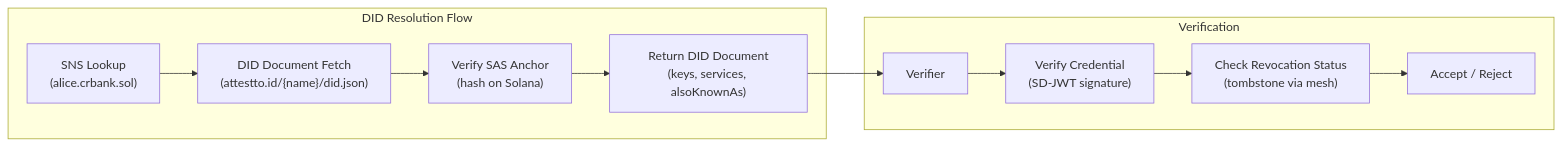
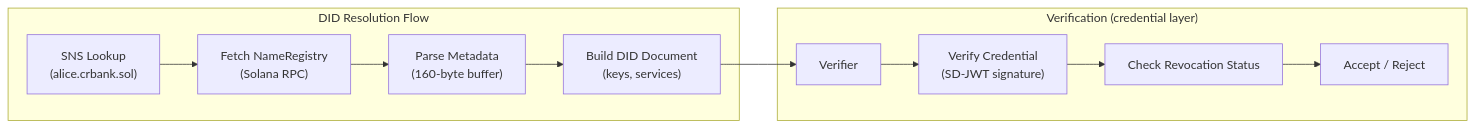
Before and after one commit to Attestto-com/did-sns-spec: the diagram in README.md, drawn with Mermaid. The commit also changed other lines of this file, not shown here.

````diff
--- a/README.md
+++ b/README.md
@@ -11,24 +17,24 @@
 ```mermaid
 graph LR
     subgraph Resolution["DID Resolution Flow"]
         SnsLookup["SNS Lookup<br/>(alice.crbank.sol)"]
-        DidFetch["DID Document Fetch<br/>(attestto.id/{name}/did.json)"]
-        VerifyHash["Verify SAS Anchor<br/>(hash on Solana)"]
-        Return["Return DID Document<br/>(keys, services, alsoKnownAs)"]
+        SolanaFetch["Fetch NameRegistry<br/>(Solana RPC)"]
+        ParseMeta["Parse Metadata<br/>(160-byte buffer)"]
+        BuildDoc["Build DID Document<br/>(keys, services)"]
     end
 
-    subgraph Verification["Verification"]
+    subgraph Verification["Verification (credential layer)"]
         Verifier["Verifier"]
         Credential["Verify Credential<br/>(SD-JWT signature)"]
-        RevCheck["Check Revocation Status<br/>(tombstone via mesh)"]
+        RevCheck["Check Revocation Status"]
         DecisionAccept["Accept / Reject"]
     end
 
-    SnsLookup --> DidFetch
-    DidFetch --> VerifyHash
-    VerifyHash --> Return
-    Return --> Verifier
+    SnsLookup --> SolanaFetch
+    SolanaFetch --> ParseMeta
+    ParseMeta --> BuildDoc
+    BuildDoc --> Verifier
     Verifier --> Credential
     Credential --> RevCheck
     RevCheck --> DecisionAccept
 ```
````
